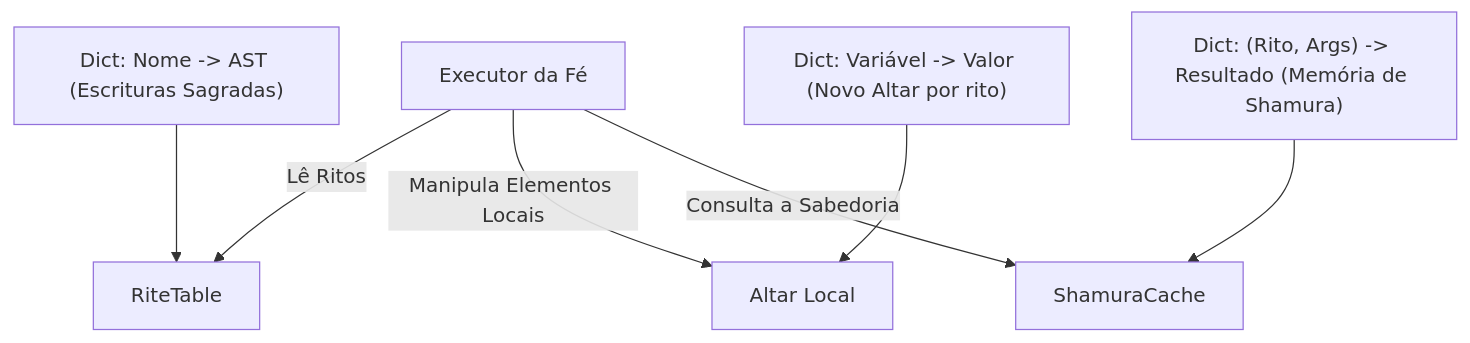
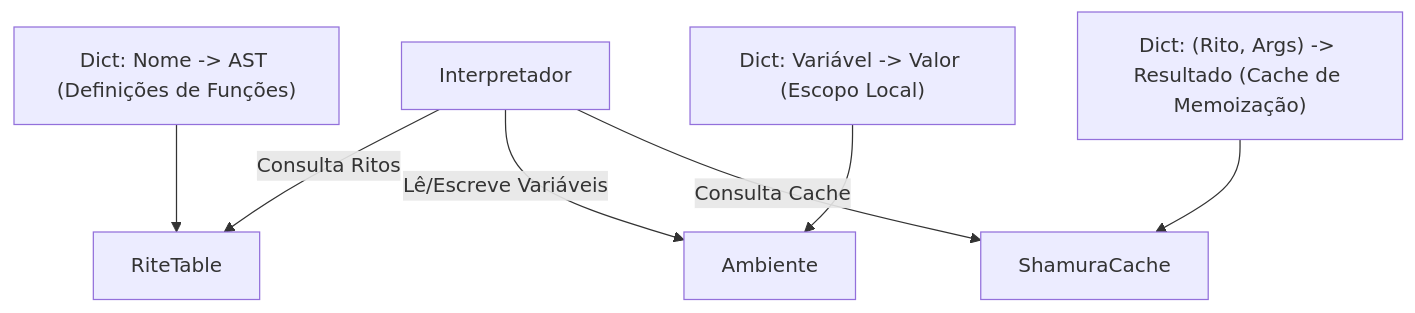
Before and after one commit to EduLoboM/OldFaith: the first of 3 diagrams in documentation/interpreter.md, drawn with Mermaid. The commit also changed other lines of this file and 1 other file, not shown here.

````diff
--- a/documentation/interpreter.md
+++ b/documentation/interpreter.md
@@ -3,19 +3,19 @@
 ```mermaid
 graph TD
-    Interpreter[Executor da Fé]:::runner
+    Interpreter[Interpretador]:::runner
 
     %% Estruturas
     RiteTable[RiteTable]:::static
-    Env[Altar Local]:::dynamic
+    Env[Ambiente]:::dynamic
     ShamuraC[ShamuraCache]:::cache
 
     %% Relações
-    Interpreter -->|Lê Ritos| RiteTable
-    Interpreter -->|Manipula Elementos Locais| Env
-    Interpreter -->|Consulta a Sabedoria| ShamuraC
+    Interpreter -->|Consulta Ritos| RiteTable
+    Interpreter -->|Lê/Escreve Variáveis| Env
+    Interpreter -->|Consulta Cache| ShamuraC
 
     %% Descrições
-    DescTable["Dict: Nome -> AST (Escrituras Sagradas)"] --> RiteTable
-    DescEnv["Dict: Variável -> Valor (Novo Altar por rito)"] --> Env
-    DescCache["Dict: (Rito, Args) -> Resultado (Memória de Shamura)"] --> ShamuraC
+    DescTable["Dict: Nome -> AST (Definições de Funções)"] --> RiteTable
+    DescEnv["Dict: Variável -> Valor (Escopo Local)"] --> Env
+    DescCache["Dict: (Rito, Args) -> Resultado (Cache de Memoização)"] --> ShamuraC
 ```
````
